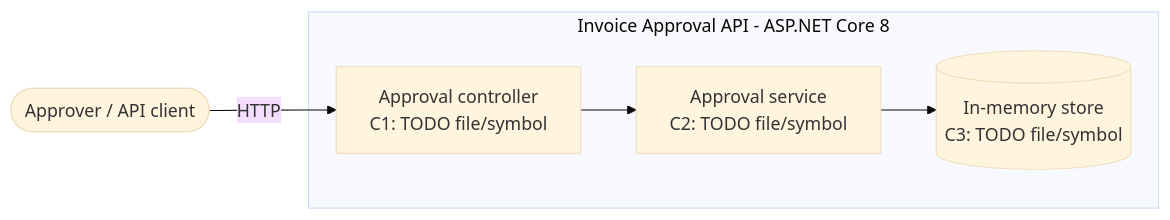
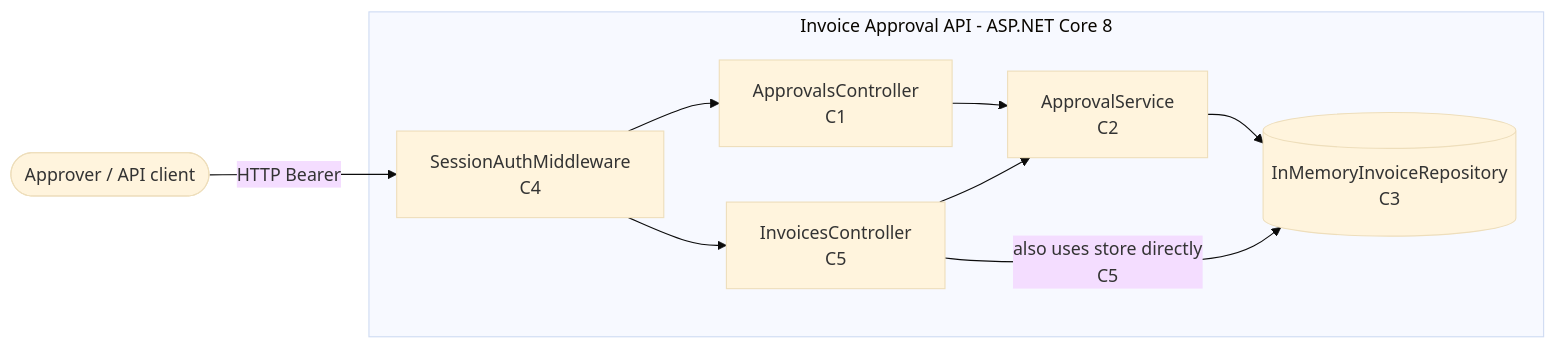
The diagram in 01-architecture/as-built.container.mmd (ankush02nagarro/ai-in-sdlc-assignment), drawn with Mermaid (base theme) before and after one commit. The commit also changed 34 other files, not shown here.

Commit message:
Complete remaining assignment deliverables: architecture, ADR, policy, risk, baseline, demo script, logs.

```diff
--- a/01-architecture/as-built.container.mmd
+++ b/01-architecture/as-built.container.mmd
@@ -1,11 +1,18 @@
-%% AS-BUILT container view: fill from the code, not from ops/README.md
-%% Every node needs a citation id (C1, C2...) listed in citations.md
+%% AS-BUILT container view: from the code, not from ops/README.md
+%% Citation ids C1–C6 listed in citations.md
 flowchart LR
   user([Approver / API client])
   subgraph app[Invoice Approval API - ASP.NET Core 8]
-    ctrl[Approval controller<br/>C1: TODO file/symbol]
-    svc[Approval service<br/>C2: TODO file/symbol]
-    store[(In-memory store<br/>C3: TODO file/symbol)]
+    mw[SessionAuthMiddleware<br/>C4]
+    ctrl[ApprovalsController<br/>C1]
+    inv[InvoicesController<br/>C5]
+    svc[ApprovalService<br/>C2]
+    store[(InMemoryInvoiceRepository<br/>C3)]
   end
-  user -->|HTTP| ctrl --> svc --> store
+  user -->|HTTP Bearer| mw --> ctrl
+  mw --> inv
+  ctrl --> svc
+  inv --> svc
+  inv -->|also uses store directly<br/>C5| store
+  svc --> store
   %% Do NOT draw: SQL, Service Bus, PayEx. They do not exist yet.
```
